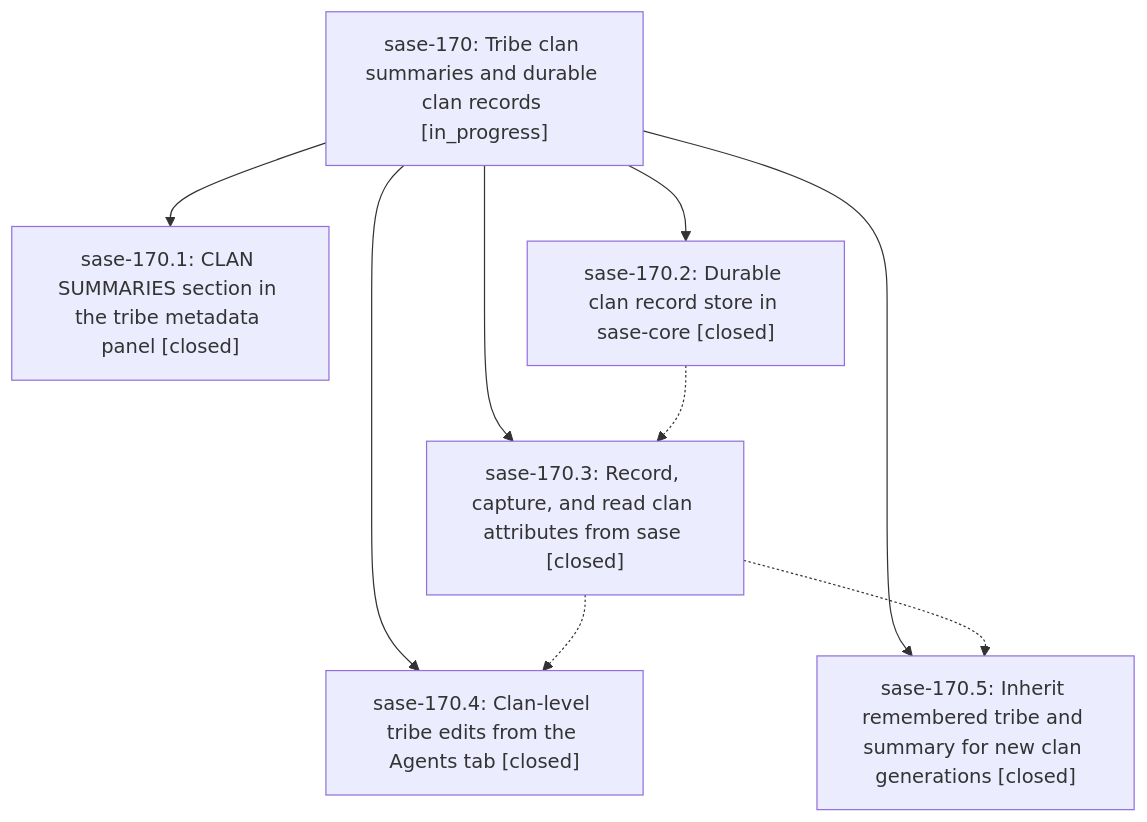
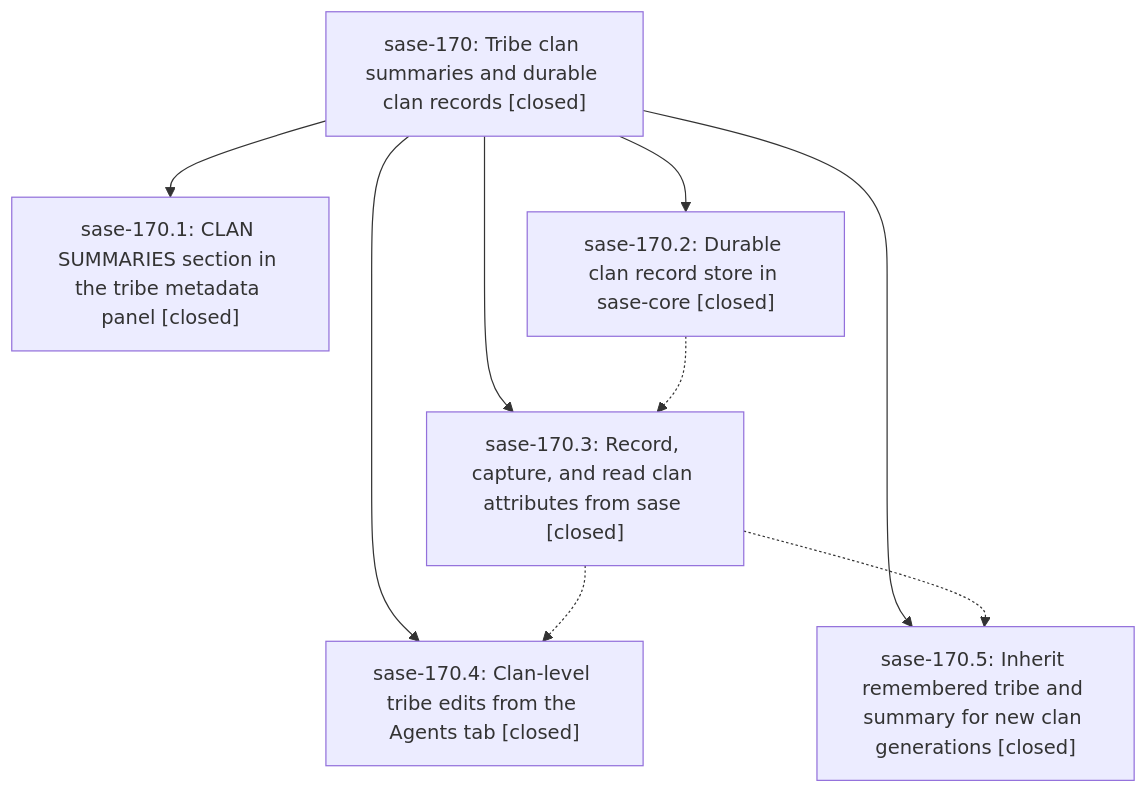
One commit to sase-org/sase--beads changed the diagram in pages/sase-170/README.md. Above: the diagram before and after it, drawn with Mermaid. The commit also changed other lines of this file and 2 other files, not shown here.

First line of the commit message:
chore(beads): sync bead state and pages for sase-170

````diff
--- a/pages/sase-170/README.md
+++ b/pages/sase-170/README.md
@@ -30,17 +82,17 @@
 ```mermaid
 flowchart TD
-    n0["sase-170: Tribe clan summaries and durable clan records [in_progress]"]
+    n0["sase-170: Tribe clan summaries and durable clan records [closed]"]
     n1["sase-170.1: CLAN SUMMARIES section in the tribe metadata panel [closed]"]
     n2["sase-170.2: Durable clan record store in sase-core [closed]"]
     n3["sase-170.3: Record, capture, and read clan attributes from sase [closed]"]
     n4["sase-170.4: Clan-level tribe edits from the Agents tab [closed]"]
     n5["sase-170.5: Inherit remembered tribe and summary for new clan generations [closed]"]
     n0 --> n1
     n0 --> n2
     n0 --> n3
     n0 --> n4
     n0 --> n5
     n2 -.-> n3
     n3 -.-> n4
     n3 -.-> n5
 ```
````
